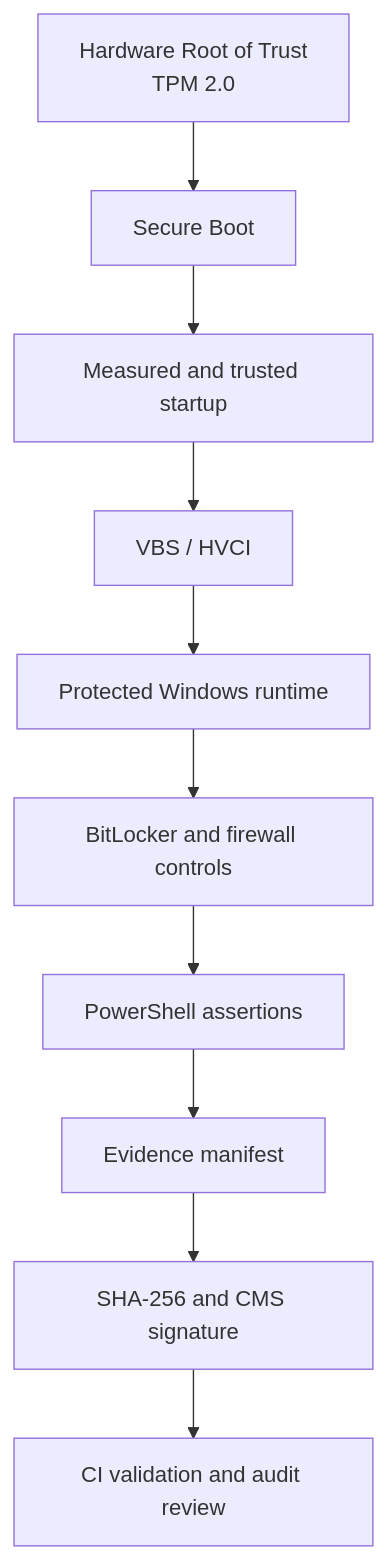
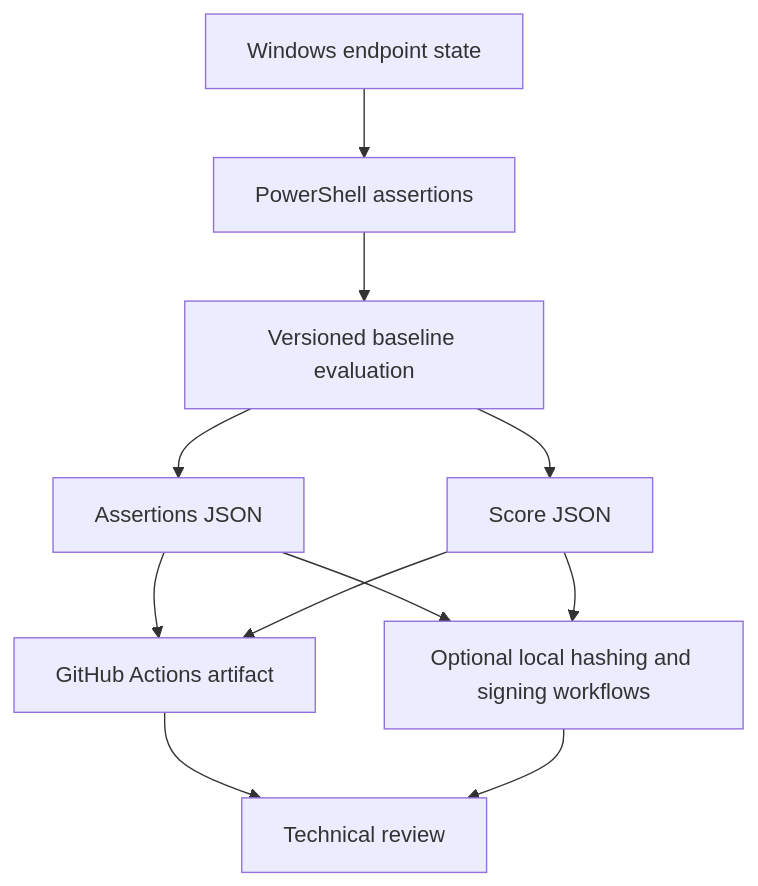
The first of 3 diagrams in README.md (AndresMaqueo/maqueosystem-security-docs), drawn with Mermaid before and after one commit. The commit also changed other lines of this file, not shown here.

Commit message:
docs: align README with implemented controls and workflows

````diff
--- a/README.md
+++ b/README.md
@@ -53,12 +55,13 @@
 ```mermaid
 flowchart TD
-    A[Hardware Root of Trust<br/>TPM 2.0] --> B[Secure Boot]
-    B --> C[Measured and trusted startup]
-    C --> D[VBS / HVCI]
-    D --> E[Protected Windows runtime]
-    E --> F[BitLocker and firewall controls]
-    F --> G[PowerShell assertions]
-    G --> H[Evidence manifest]
-    H --> I[SHA-256 and CMS signature]
-    I --> J[CI validation and audit review]
+    A[Windows endpoint state] --> B[PowerShell assertions]
+    B --> C[Versioned baseline evaluation]
+    C --> D[Assertions JSON]
+    C --> E[Score JSON]
+    D --> F[GitHub Actions artifact]
+    E --> F
+    D --> G[Optional local hashing and signing workflows]
+    E --> G
+    F --> H[Technical review]
+    G --> H
 ```
````
